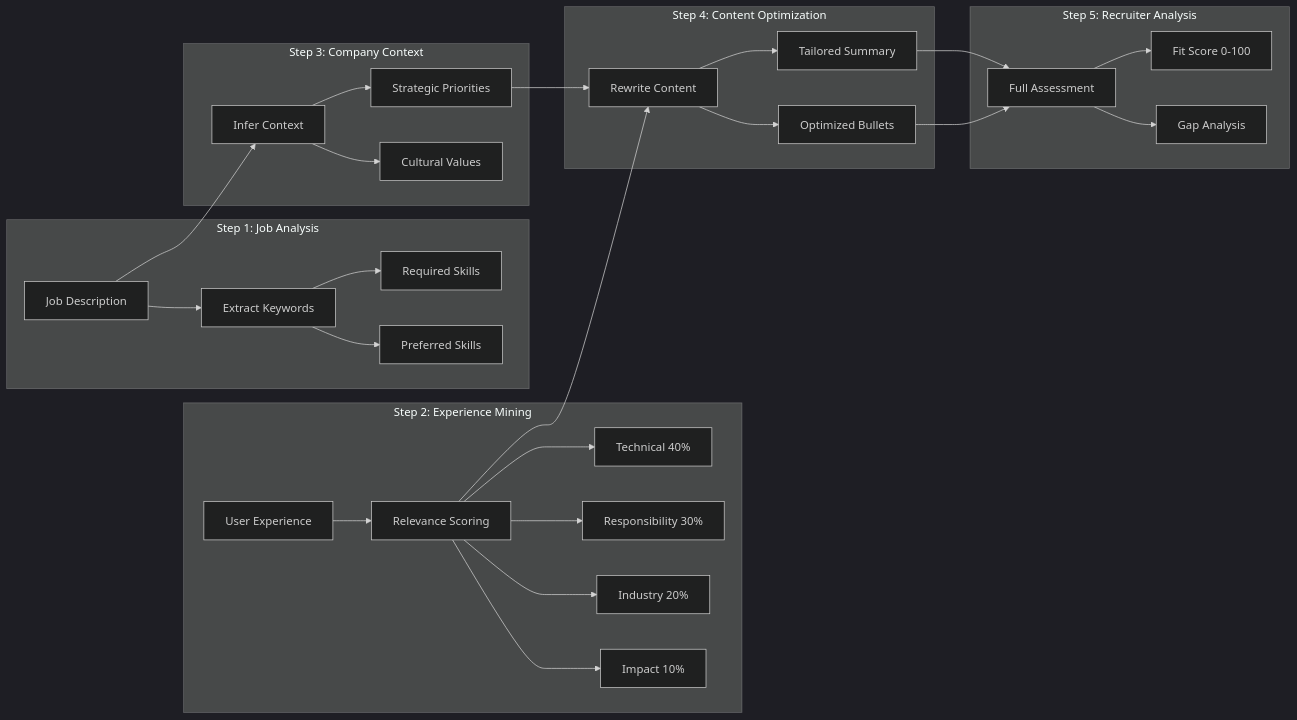
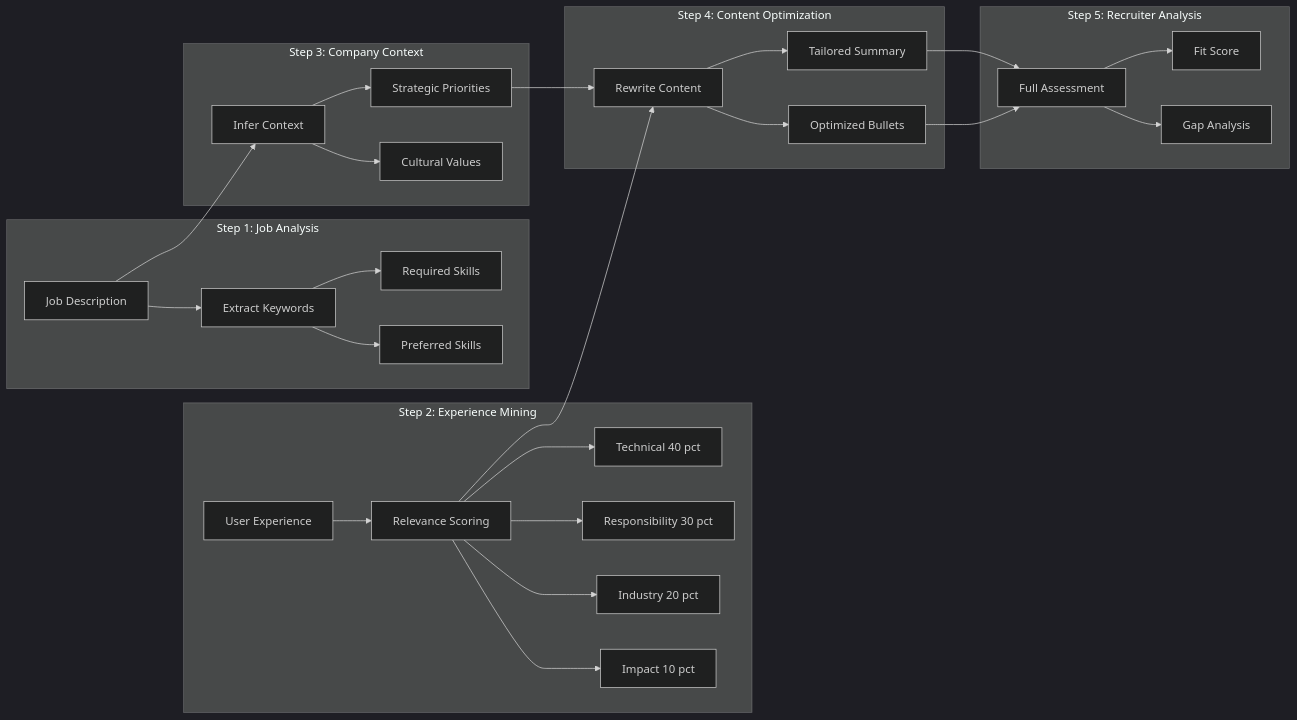
One commit to mitchhall16/claude-resume changed the third of 3 diagrams in README.md. Above: the diagram before and after it, drawn with Mermaid (dark theme). The commit also changed other lines of this file, not shown here.

Commit message:
Fix mermaid diagram syntax

````diff
--- a/README.md
+++ b/README.md
@@ -120,36 +116,36 @@
 ```mermaid
 flowchart LR
-    subgraph "Step 1: Job Analysis"
+    subgraph Step1[Step 1: Job Analysis]
         JD[Job Description] --> Extract[Extract Keywords]
         Extract --> Required[Required Skills]
         Extract --> Preferred[Preferred Skills]
     end
 
-    subgraph "Step 2: Experience Mining"
+    subgraph Step2[Step 2: Experience Mining]
         Experience[User Experience] --> Score[Relevance Scoring]
-        Score --> Tech[Technical 40%]
-        Score --> Resp[Responsibility 30%]
-        Score --> Industry[Industry 20%]
-        Score --> Impact[Impact 10%]
+        Score --> Tech[Technical 40 pct]
+        Score --> Resp[Responsibility 30 pct]
+        Score --> Industry[Industry 20 pct]
+        Score --> Impact[Impact 10 pct]
     end
 
-    subgraph "Step 3: Company Context"
+    subgraph Step3[Step 3: Company Context]
         JD --> Infer[Infer Context]
         Infer --> Priorities[Strategic Priorities]
         Infer --> Culture[Cultural Values]
     end
 
-    subgraph "Step 4: Content Optimization"
+    subgraph Step4[Step 4: Content Optimization]
         Score --> Rewrite[Rewrite Content]
         Priorities --> Rewrite
         Rewrite --> Summary[Tailored Summary]
         Rewrite --> Bullets[Optimized Bullets]
     end
 
-    subgraph "Step 5: Recruiter Analysis"
+    subgraph Step5[Step 5: Recruiter Analysis]
         Summary --> Assessment[Full Assessment]
         Bullets --> Assessment
-        Assessment --> FitScore[Fit Score 0-100]
+        Assessment --> FitScore[Fit Score]
         Assessment --> Gaps[Gap Analysis]
     end
 ```
````
